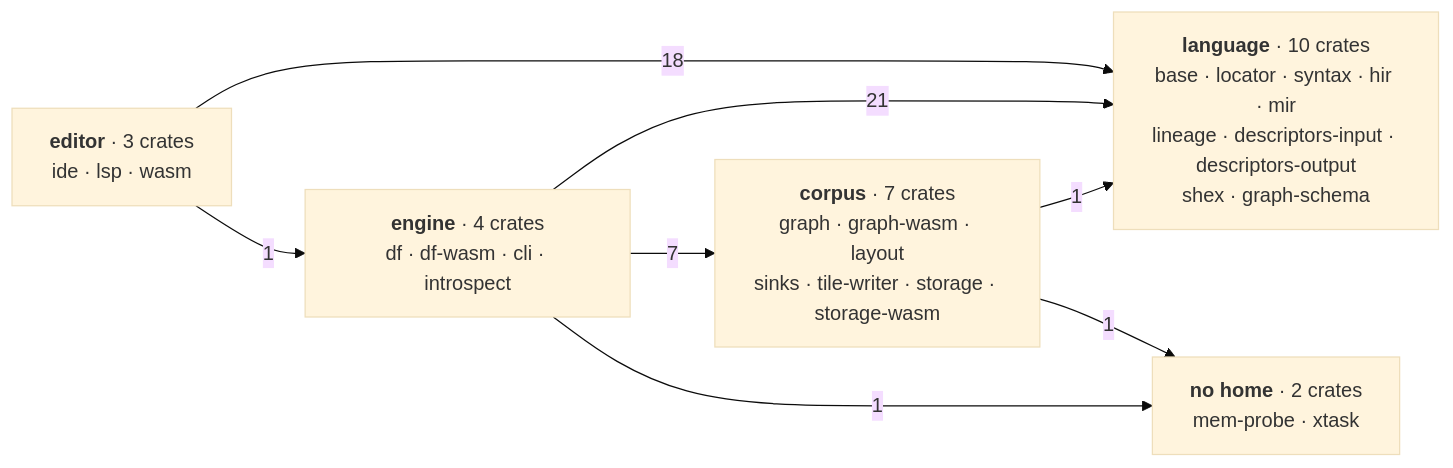
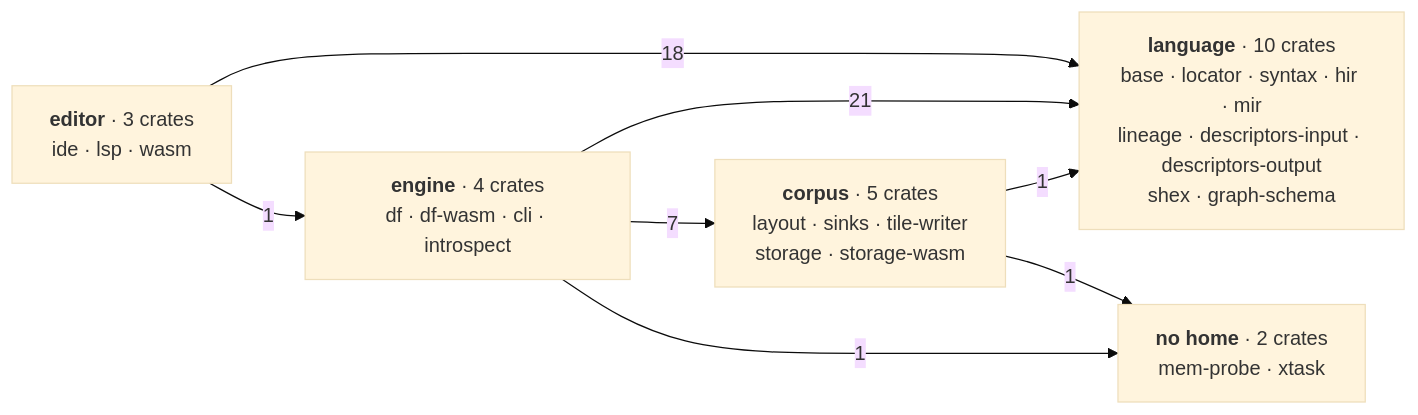
The first of 3 diagrams in docs/content/docs/(root)/architecture.mdx (Kanzo-Tech/fossil-lang), drawn with Mermaid (base theme) before and after one commit. The commit also changed other lines of this file and 34 other files, not shown here.

First line of the commit message:
refactor!: delete fossil-graph and fossil-graph-wasm

````diff
--- a/docs/content/docs/(root)/architecture.mdx
+++ b/docs/content/docs/(root)/architecture.mdx
@@ -129,16 +129,16 @@
 ```mermaid
 graph LR
   L["<b>language</b> · 10 crates<br/>base · locator · syntax · hir · mir<br/>lineage · descriptors-input · descriptors-output<br/>shex · graph-schema"]
   E["<b>editor</b> · 3 crates<br/>ide · lsp · wasm"]
   M["<b>engine</b> · 4 crates<br/>df · df-wasm · cli · introspect"]
-  C["<b>corpus</b> · 7 crates<br/>graph · graph-wasm · layout<br/>sinks · tile-writer · storage · storage-wasm"]
+  C["<b>corpus</b> · 5 crates<br/>layout · sinks · tile-writer<br/>storage · storage-wasm"]
   X["<b>no home</b> · 2 crates<br/>mem-probe · xtask"]
 
   E -->|18| L
   E -->|1| M
   M -->|21| L
   M -->|7| C
   C -->|1| L
   M -->|1| X
   C -->|1| X
 ```
````
